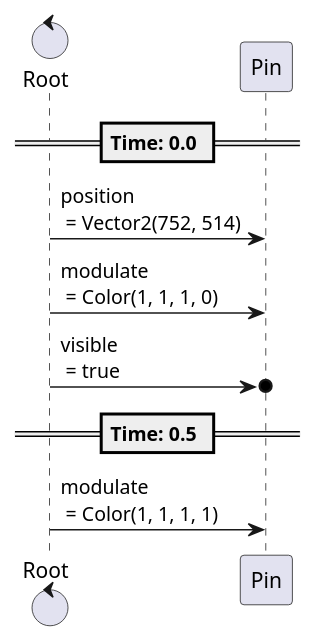
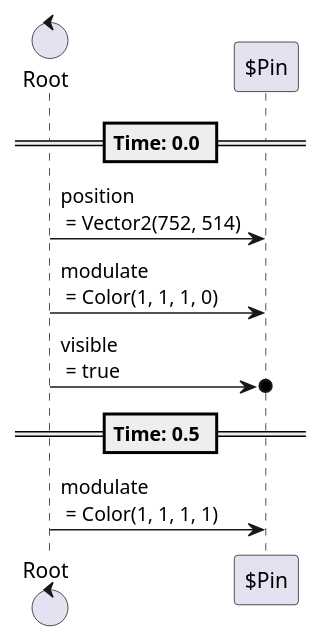
One commit to tkmfujise/Platformer-Game-Learning changed diagram 11 of 24 in content/scenes/src/beginning/chapters/chapters.tscn.adoc. Above: the diagram before and after it, drawn with PlantUML. The commit also changed other lines of this file and 31 other files, not shown here.

Commit message:
Add prefix $ to node name in animation sequences

```diff
--- a/content/scenes/src/beginning/chapters/chapters.tscn.adoc
+++ b/content/scenes/src/beginning/chapters/chapters.tscn.adoc
@@ -525,16 +525,16 @@
 [plantuml]
 ....
-control "Root" as Root
-participant "Pin" as T0
+control "Root" as R
+participant "$Pin" as T0
 
 
 
 == Time: 0.0 ==
-Root  ->  T0 : position\n = Vector2(752, 514)
-Root  ->  T0 : modulate\n = Color(1, 1, 1, 0)
-Root  ->o  T0 : visible\n = true
+R  ->  T0 : position\n = Vector2(752, 514)
+R  ->  T0 : modulate\n = Color(1, 1, 1, 0)
+R  ->o  T0 : visible\n = true
 == Time: 0.5 ==
-Root  ->  T0 : modulate\n = Color(1, 1, 1, 1)
+R  ->  T0 : modulate\n = Color(1, 1, 1, 1)
 
 
 ....
```
